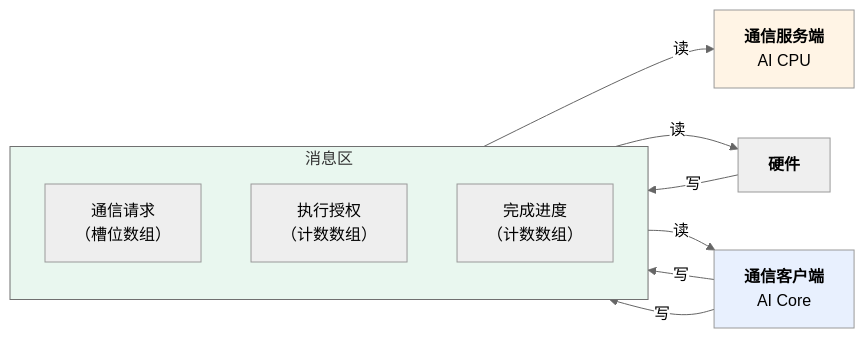
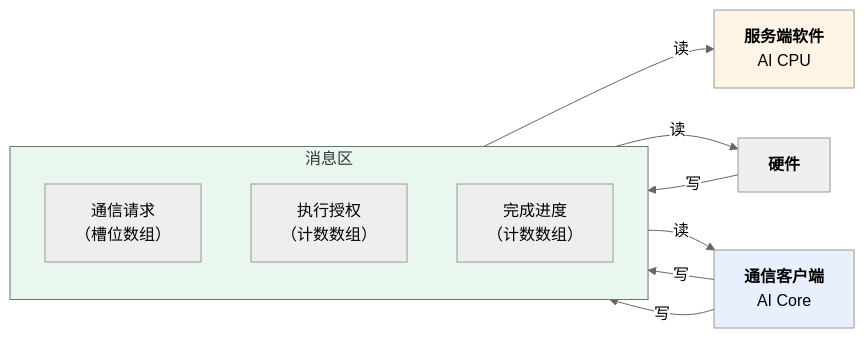
One commit to Atlas-Ascend-Fork/asc-comm changed the second of 4 diagrams in docs/zh/编程模型/MC2编程模型/内存模型.md. Above: the diagram before and after it, drawn with Mermaid (neutral theme). The commit also changed other lines of this file and 1 other file, not shown here.

````diff
--- a/docs/zh/编程模型/MC2编程模型/内存模型.md
+++ b/docs/zh/编程模型/MC2编程模型/内存模型.md
@@ -244,26 +198,26 @@
 ```mermaid
 flowchart LR
     CLIENT["<b>通信客户端</b><br/>AI Core"]
 
     subgraph MSG["消息区"]
         direction TB
         REQ["通信请求<br/>（槽位数组）"]
         GRANT["执行授权<br/>（计数数组）"]
         PROG["完成进度<br/>（计数数组）"]
     end
 
-    SERVER["<b>通信服务端</b><br/>AI CPU"]
+    SERVER["<b>服务端软件</b><br/>AI CPU"]
     HW["<b>硬件</b>"]
 
     CLIENT -->|"写"| REQ
     REQ -->|"读"| SERVER
     CLIENT -->|"写"| GRANT
     GRANT -->|"读"| HW
     HW -->|"写"| PROG
     PROG -->|"读"| CLIENT
 
     style CLIENT fill:#e8f0fe
     style MSG fill:#e9f7ef
     style SERVER fill:#fff4e5
     style HW fill:#efefef
 ```
````
